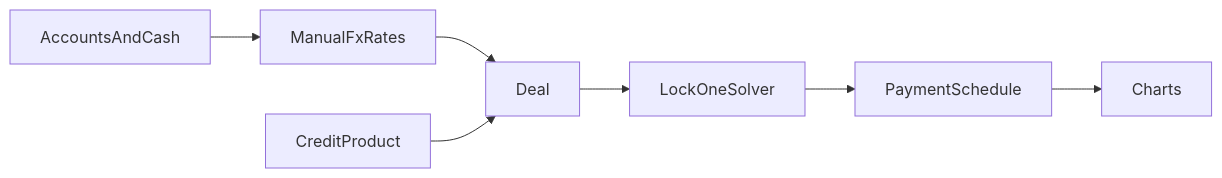
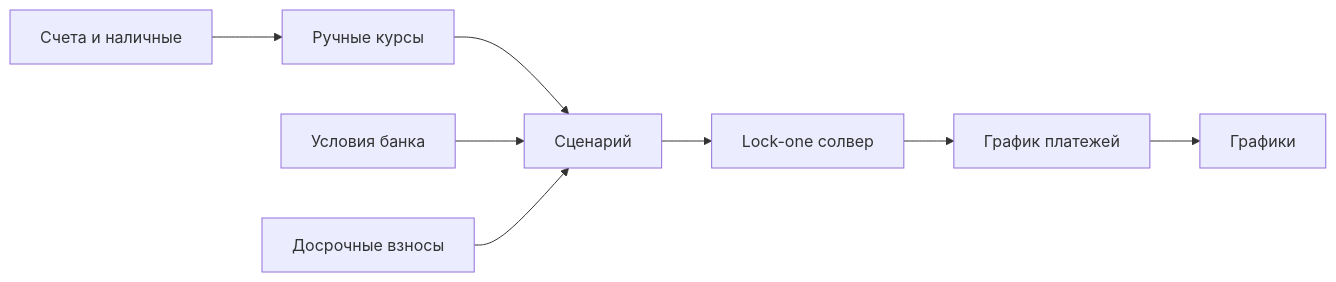
One commit to Alexey0795/home-equity-blueprint changed the diagram in some-plan.md. Above: the diagram before and after it, drawn with Mermaid. The commit also changed other lines of this file and 1 other file, not shown here.

````diff
--- a/some-plan.md
+++ b/some-plan.md
@@ -48,17 +56,16 @@
 ```mermaid
 flowchart LR
-  savings[AccountsAndCash]
-  fx[ManualFxRates]
-  deal[Deal]
-  product[CreditProduct]
-  solver[LockOneSolver]
-  schedule[PaymentSchedule]
-  charts[Charts]
+  savings[Счета и наличные]
+  fx[Ручные курсы]
+  product[Условия банка]
+  prepay[Досрочные взносы]
+  scenario[Сценарий]
+  solver[Lock-one солвер]
+  schedule[График платежей]
+  charts[Графики]
 
-  savings --> fx
-  fx --> deal
-  product --> deal
-  deal --> solver
-  solver --> schedule
-  schedule --> charts
+  savings --> fx --> scenario
+  product --> scenario
+  prepay --> scenario
+  scenario --> solver --> schedule --> charts
 ```
````
